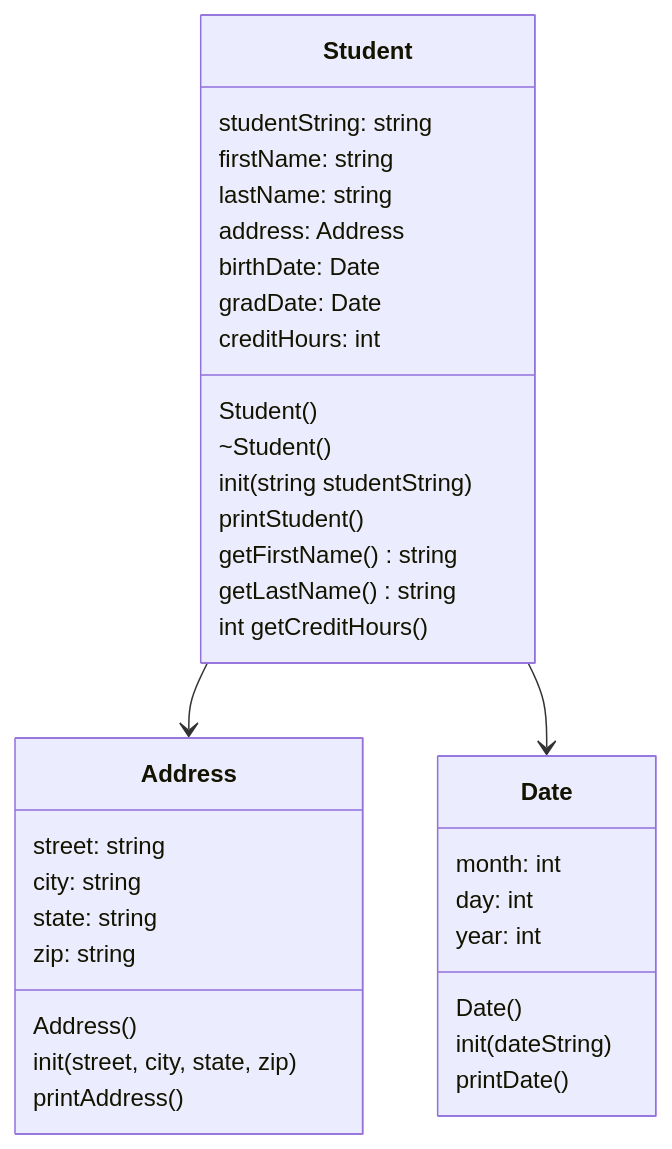
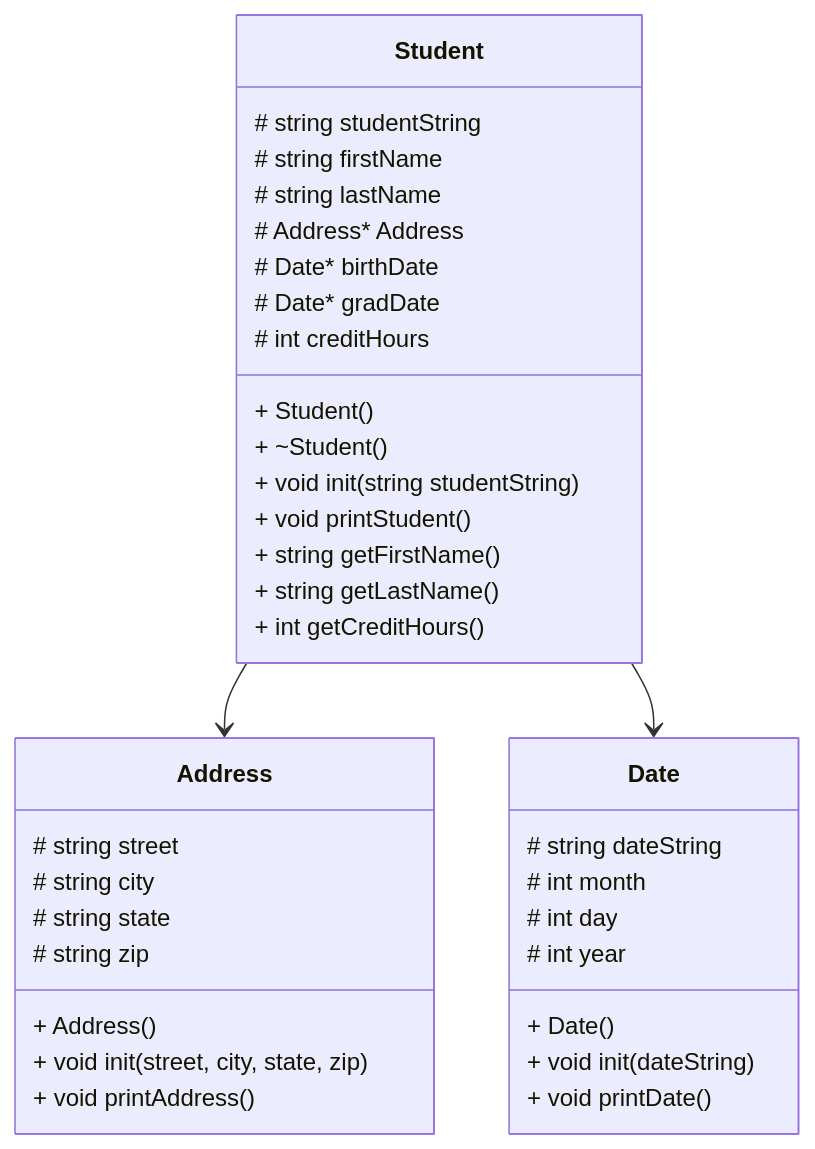
The diagram in README.md (jsanchez-codes/CS121_project_7), drawn with Mermaid before and after one commit.

Commit message:
Updated UML

````diff
--- a/README.md
+++ b/README.md
@@ -8,44 +8,45 @@
 ```mermaid
 
 classDiagram
 
 class Student{
-    studentString: string
-    firstName: string
-    lastName: string
-    address: Address
-    birthDate: Date
-    gradDate: Date
-    creditHours: int
-    Student()
-    ~Student()
-    init(string studentString)
-    printStudent()
-    getFirstName() string
-    getLastName() string
-    int getCreditHours()
+    # string studentString
+    # string firstName
+    # string lastName
+    # Address* Address
+    # Date* birthDate
+    # Date* gradDate
+    # int creditHours
+    + Student()
+    + ~Student()
+    + void init(string studentString)
+    + void printStudent()
+    + string getFirstName()
+    + string getLastName()
+    + int getCreditHours()
 }
 
 class Address{
-    street: string
-    city: string
-    state: string
-    zip: string
-    Address()
-    init(street, city, state, zip)
-    printAddress()
+    # string street
+    # string city
+    # string state
+    # string zip
+    + Address()
+    + void init(street, city, state, zip)
+    + void printAddress()
 }
 
 class Date{
-    month: int
-    day: int
-    year: int
-    Date()
-    init(dateString)
-    printDate()
+    # string dateString
+    # int month
+    # int day
+    # int year
+    + Date()
+    + void init(dateString)
+    + void printDate()
 }
 
 Student --> Address
 Student --> Date
 
 ```
````
